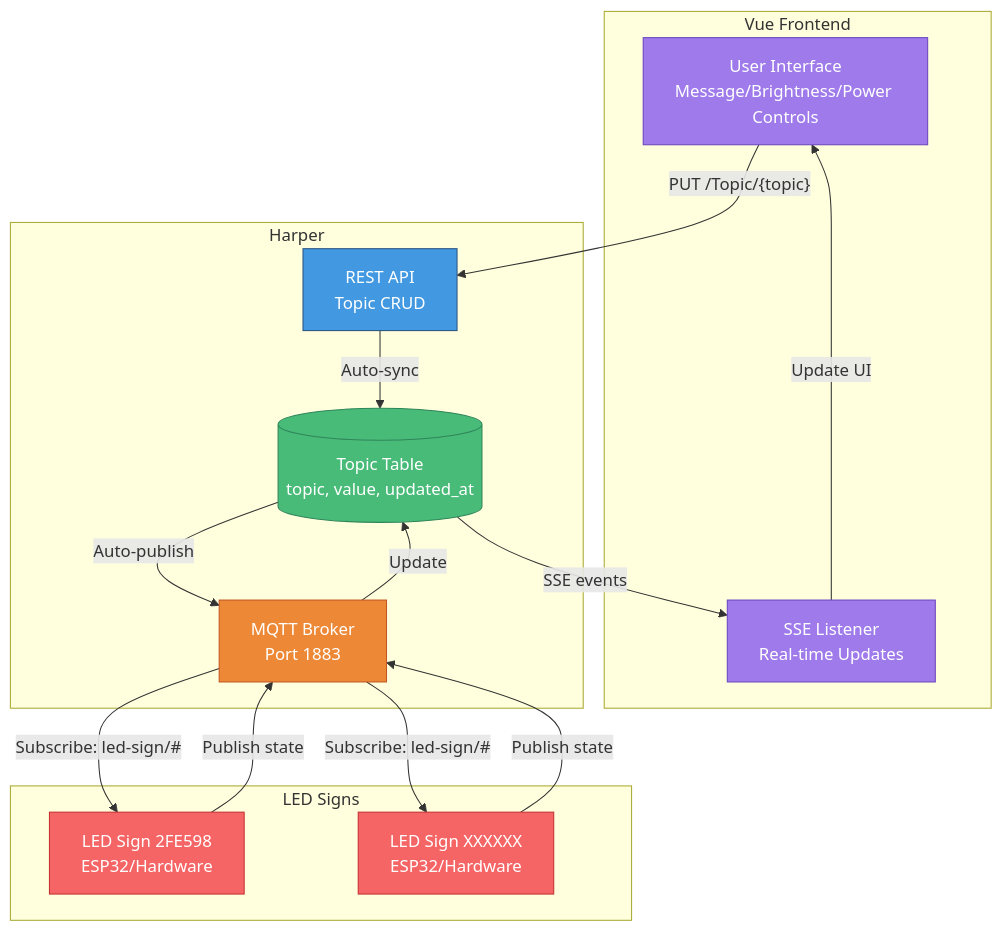
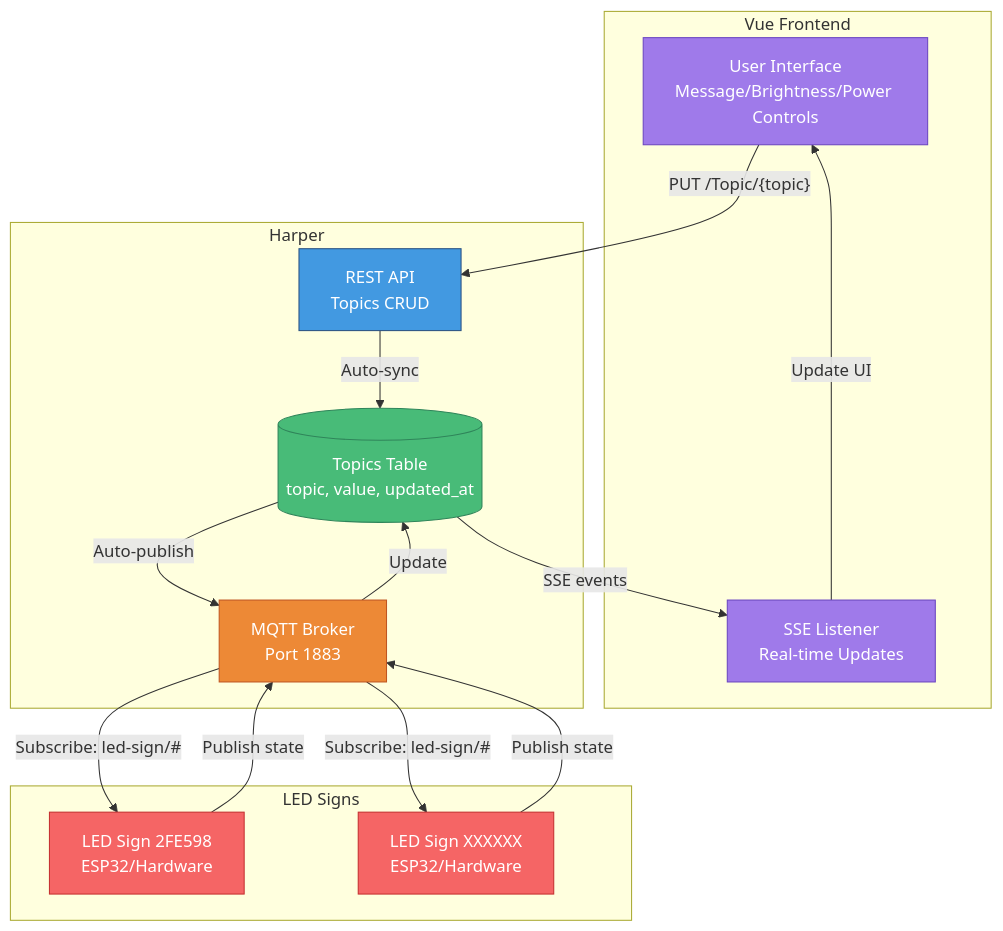
The diagram in README.md (HarperFast/realtime-pubsub-example), drawn with Mermaid before and after one commit. The commit also changed other lines of this file and 5 other files, not shown here.

First line of the commit message:
Rename Topic table to Topics and ensure single sign auto-selection

````diff
--- a/README.md
+++ b/README.md
@@ -17,37 +17,37 @@
 ```mermaid
 graph TB
     subgraph "Vue Frontend"
         UI[User Interface<br/>Message/Brightness/Power Controls]
         SSE[SSE Listener<br/>Real-time Updates]
     end
 
     subgraph "Harper"
-        REST[REST API<br/>Topic CRUD]
-        DB[(Topic Table<br/>topic, value, updated_at)]
+        REST[REST API<br/>Topics CRUD]
+        DB[(Topics Table<br/>topic, value, updated_at)]
         MQTT[MQTT Broker<br/>Port 1883]
     end
 
     subgraph "LED Signs"
         SIGN1[LED Sign 2FE598<br/>ESP32/Hardware]
         SIGN2[LED Sign XXXXXX<br/>ESP32/Hardware]
     end
 
     UI -->|"PUT /Topic/{topic}"| REST
     REST -->|Auto-sync| DB
     DB -->|Auto-publish| MQTT
     MQTT -->|"Subscribe: led-sign/#"| SIGN1
     MQTT -->|"Subscribe: led-sign/#"| SIGN2
     SIGN1 -->|"Publish state"| MQTT
     SIGN2 -->|"Publish state"| MQTT
     MQTT -->|Update| DB
     DB -->|SSE events| SSE
     SSE -->|Update UI| UI
 
     style UI fill:#9f7aea,stroke:#6b46c1,color:#fff
     style REST fill:#4299e1,stroke:#2c5282,color:#fff
     style DB fill:#48bb78,stroke:#2f855a,color:#fff
     style MQTT fill:#ed8936,stroke:#c05621,color:#fff
     style SIGN1 fill:#f56565,stroke:#c53030,color:#fff
     style SIGN2 fill:#f56565,stroke:#c53030,color:#fff
     style SSE fill:#9f7aea,stroke:#6b46c1,color:#fff
 ```
````
